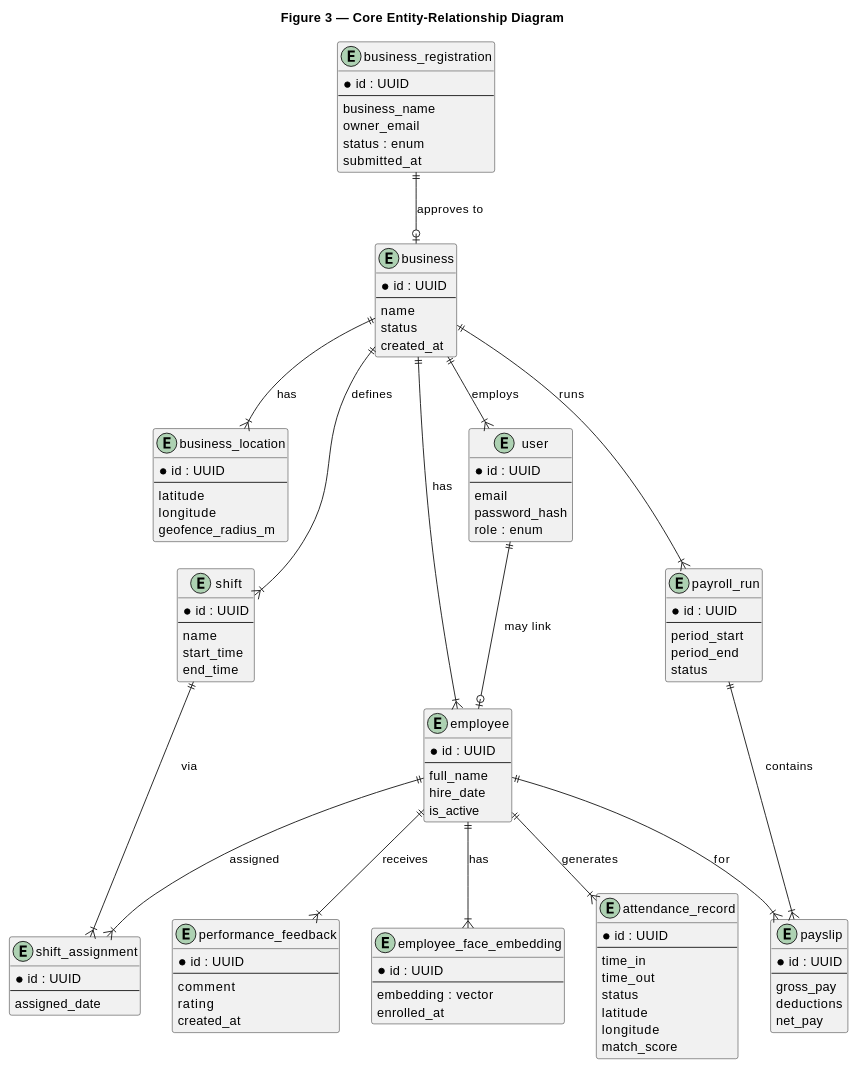
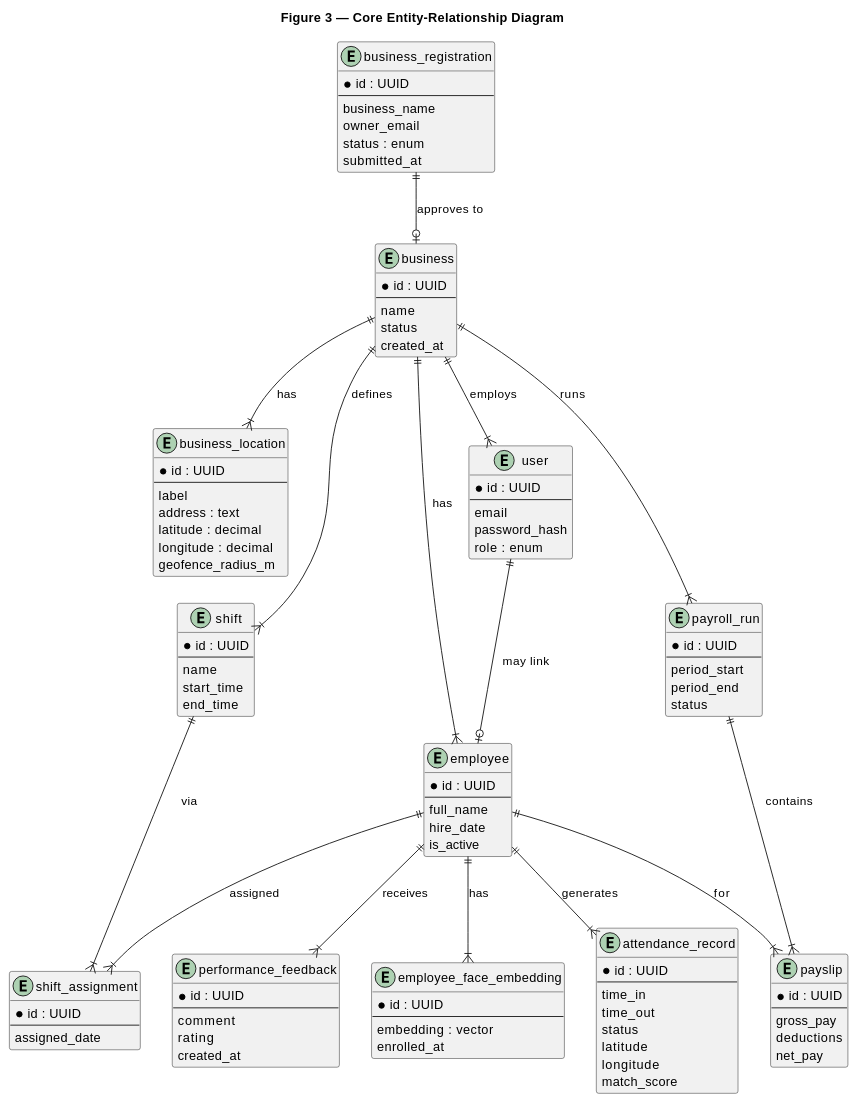
Before and after one commit to JRParreno/aroll: the third of 7 diagrams in docs/SOLUTION.md, drawn with PlantUML. The commit also changed other lines of this file and 136 other files, not shown here.

```diff
--- a/docs/SOLUTION.md
+++ b/docs/SOLUTION.md
@@ -283,8 +287,10 @@
 entity "business_location" as BL {
   * id : UUID
   --
-  latitude
-  longitude
+  label
+  address : text
+  latitude : decimal
+  longitude : decimal
   geofence_radius_m
 }
 
```
